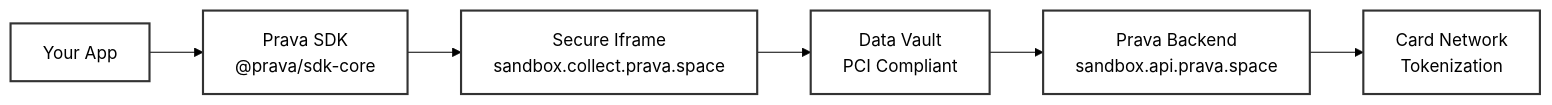
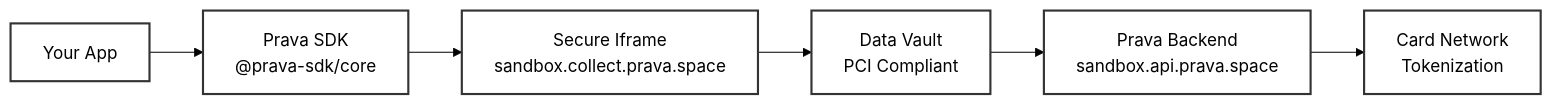
Before and after one commit to Prava-Payments/prava-docs: the diagram in sdk/overview.mdx, drawn with Mermaid (forest theme). The commit also changed other lines of this file and 7 other files, not shown here.

````diff
--- a/sdk/overview.mdx
+++ b/sdk/overview.mdx
@@ -92,15 +92,15 @@
 ```mermaid
 flowchart LR
-    A[Your App] --> B[Prava SDK<br/>@prava/sdk-core]
+    A[Your App] --> B[Prava SDK<br/>@prava-sdk/core]
     B --> C[Secure Iframe<br/>sandbox.collect.prava.space]
     C --> D[Data Vault<br/>PCI Compliant]
     D --> E[Prava Backend<br/>sandbox.api.prava.space]
     E --> F[Card Network<br/>Tokenization]
     
     style A fill:#fff,stroke:#333,stroke-width:2px
     style B fill:#fff,stroke:#333,stroke-width:2px
     style C fill:#fff,stroke:#333,stroke-width:2px
     style D fill:#fff,stroke:#333,stroke-width:2px
     style E fill:#fff,stroke:#333,stroke-width:2px
     style F fill:#fff,stroke:#333,stroke-width:2px
 ```
````
